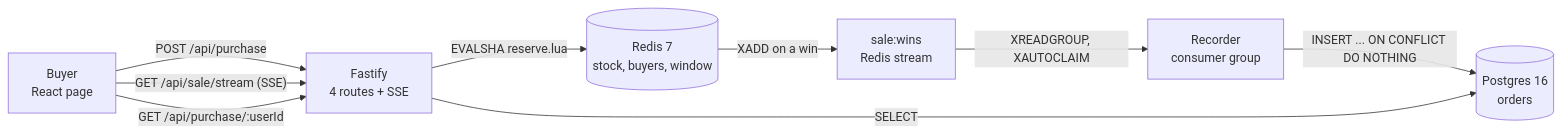
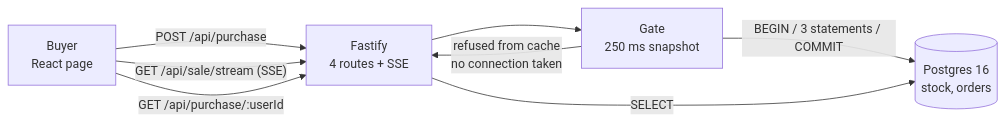
Before and after one commit to fairyhunter13/flash-sale: the diagram in README.md, drawn with Mermaid. The commit also changed other lines of this file and 28 other files, not shown here.

First line of the commit message:
Decide the sale in one Postgres transaction, and drop Redis

````diff
--- a/README.md
+++ b/README.md
@@ -63,18 +69,15 @@
 ```mermaid
 flowchart LR
     B["Buyer<br/>React page"]
     F["Fastify<br/>4 routes + SSE"]
-    R[("Redis 7<br/>stock, buyers, window")]
-    S["sale:wins<br/>Redis stream"]
-    C["Recorder<br/>consumer group"]
-    P[("Postgres 16<br/>orders")]
+    G["Gate<br/>250 ms snapshot"]
+    P[("Postgres 16<br/>stock, orders")]
 
     B -- "POST /api/purchase" --> F
     B -- "GET /api/sale/stream (SSE)" --> F
     B -- "GET /api/purchase/:userId" --> F
-    F -- "EVALSHA reserve.lua" --> R
-    R -- "XADD on a win" --> S
-    S -- "XREADGROUP, XAUTOCLAIM" --> C
-    C -- "INSERT ... ON CONFLICT DO NOTHING" --> P
+    F --> G
+    G -- "refused from cache<br/>no connection taken" --> F
+    G -- "BEGIN / 3 statements / COMMIT" --> P
     F -- "SELECT" --> P
 ```
````
